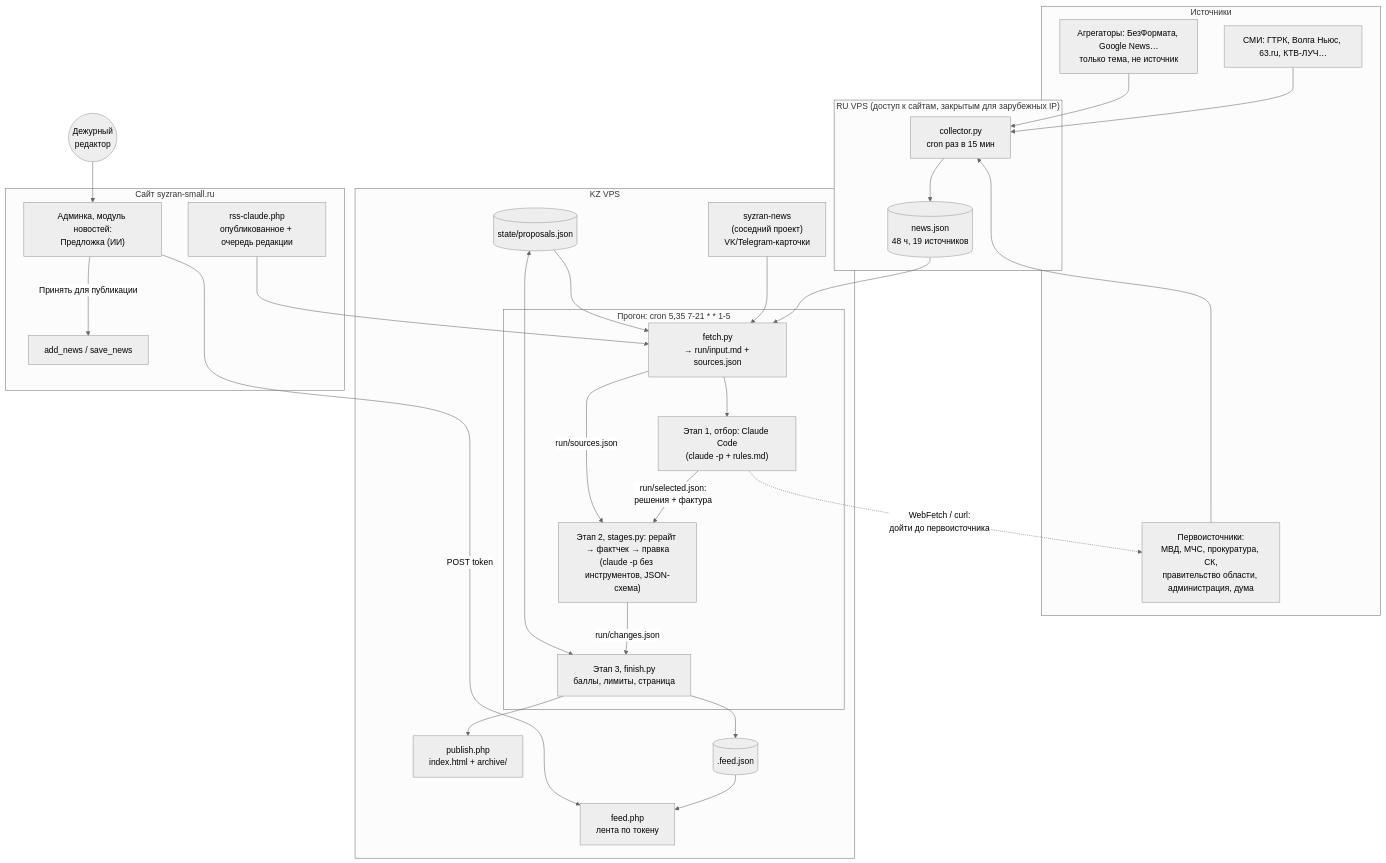
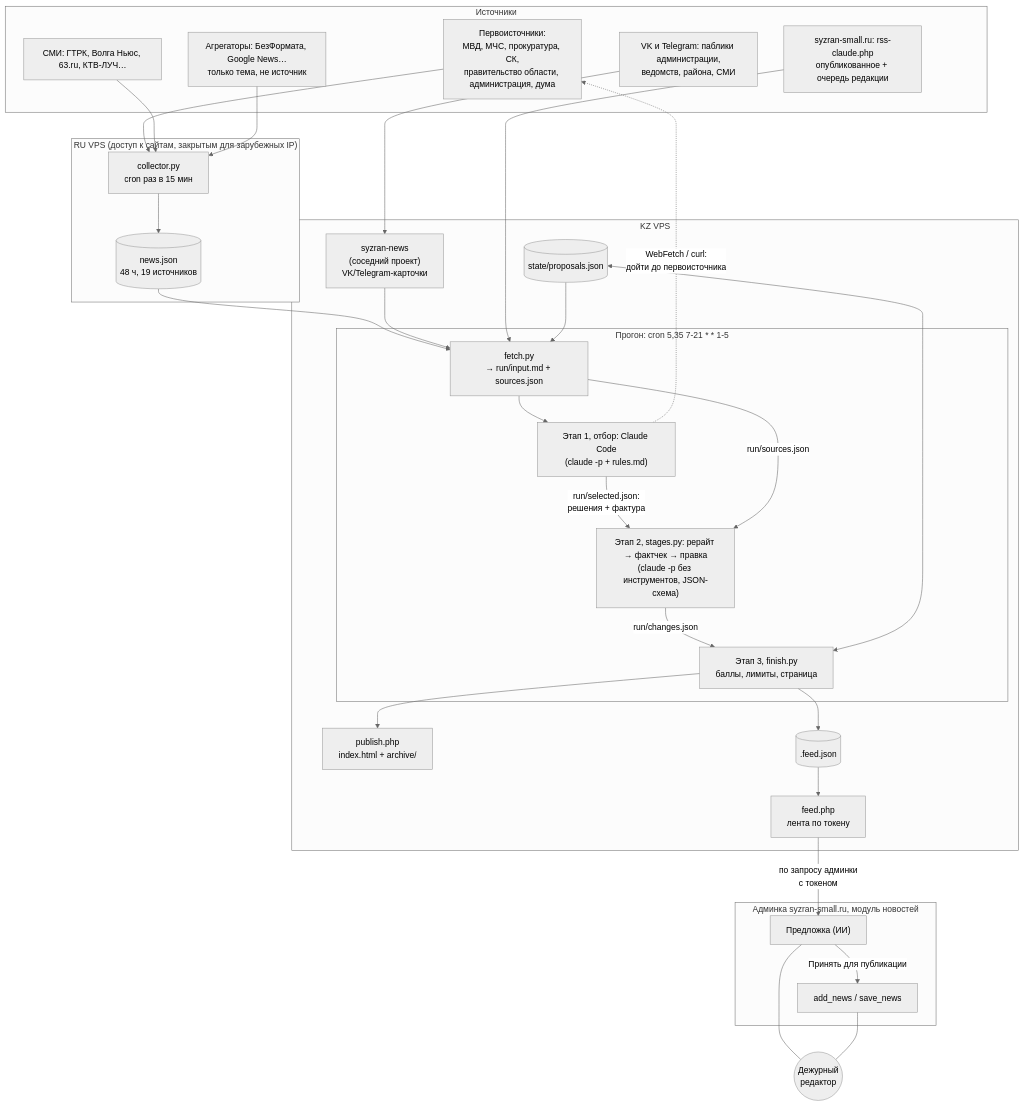
The first of 5 diagrams in README.md (delffine/ai_editor), drawn with Mermaid (neutral theme) before and after one commit.

Commit message:
README: в схеме архитектуры источники сверху (сайт — один из них), админка и редактор снизу

````diff
--- a/README.md
+++ b/README.md
@@ -54,54 +54,57 @@
 ```mermaid
 flowchart TB
+    subgraph SRC["Источники"]
+        PRIM["Первоисточники:<br/>МВД, МЧС, прокуратура, СК,<br/>правительство области, администрация, дума"]
+        MEDIA["СМИ: ГТРК, Волга Ньюс, 63.ru, КТВ-ЛУЧ…"]
+        AGG["Агрегаторы: БезФормата, Google News…<br/>только тема, не источник"]
+        SOC["VK и Telegram: паблики администрации,<br/>ведомств, района, СМИ"]
+        RSS["syzran-small.ru: rss-claude.php<br/>опубликованное + очередь редакции"]
+    end
+
     subgraph RU["RU VPS (доступ к сайтам, закрытым для зарубежных IP)"]
         COL["collector.py<br/>cron раз в 15 мин"]
         NEWS[("news.json<br/>48 ч, 19 источников")]
         COL --> NEWS
-    end
-
-    subgraph SRC["Источники"]
-        PRIM["Первоисточники:<br/>МВД, МЧС, прокуратура, СК,<br/>правительство области, администрация, дума"]
-        MEDIA["СМИ: ГТРК, Волга Ньюс, 63.ru, КТВ-ЛУЧ…"]
-        AGG["Агрегаторы: БезФормата, Google News…<br/>только тема, не источник"]
     end
 
     subgraph KZ["KZ VPS"]
         SN["syzran-news<br/>(соседний проект)<br/>VK/Telegram-карточки"]
         subgraph RUN["Прогон: cron 5,35 7-21 * * 1-5"]
             FETCH["fetch.py<br/>→ run/input.md + sources.json"]
             CC["Этап 1, отбор: Claude Code<br/>(claude -p + rules.md)"]
             ST["Этап 2, stages.py: рерайт → фактчек → правка<br/>(claude -p без инструментов, JSON-схема)"]
             FIN["Этап 3, finish.py<br/>баллы, лимиты, страница"]
         end
         STATE[("state/proposals.json")]
         PUBPHP["publish.php<br/>index.html + archive/"]
         FEED[(".feed.json")]
         FEEDPHP["feed.php<br/>лента по токену"]
     end
 
-    subgraph SITE["Сайт syzran-small.ru"]
-        RSS["rss-claude.php<br/>опубликованное + очередь редакции"]
-        ADMIN["Админка, модуль новостей:<br/>Предложка (ИИ)"]
+    subgraph ADM["Админка syzran-small.ru, модуль новостей"]
+        ADMIN["Предложка (ИИ)"]
         ADD["add_news / save_news"]
     end
 
     ED(("Дежурный<br/>редактор"))
 
     PRIM & MEDIA & AGG --> COL
+    SOC --> SN
     NEWS --> FETCH
     SN --> FETCH
     RSS --> FETCH
     STATE --> FETCH
     FETCH --> CC
     CC -. "WebFetch / curl:<br/>дойти до первоисточника" .-> PRIM
     CC -- "run/selected.json:<br/>решения + фактура" --> ST
     FETCH -- "run/sources.json" --> ST
     ST -- "run/changes.json" --> FIN
     STATE <--> FIN
     FIN --> PUBPHP
     FIN --> FEED
     FEED --> FEEDPHP
-    ADMIN -- "POST token" --> FEEDPHP
-    ED --> ADMIN
+    FEEDPHP -- "по запросу админки<br/>с токеном" --> ADMIN
     ADMIN -- "Принять для публикации" --> ADD
+    ADMIN --- ED
+    ADD --- ED
 ```
````
